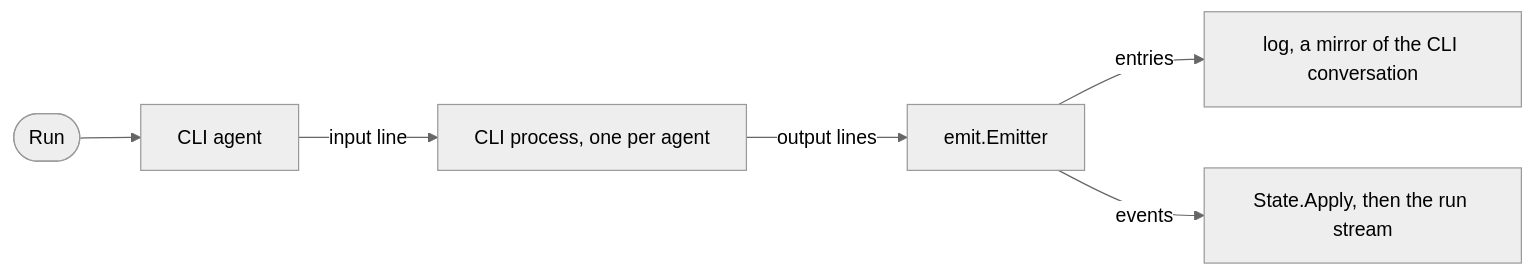
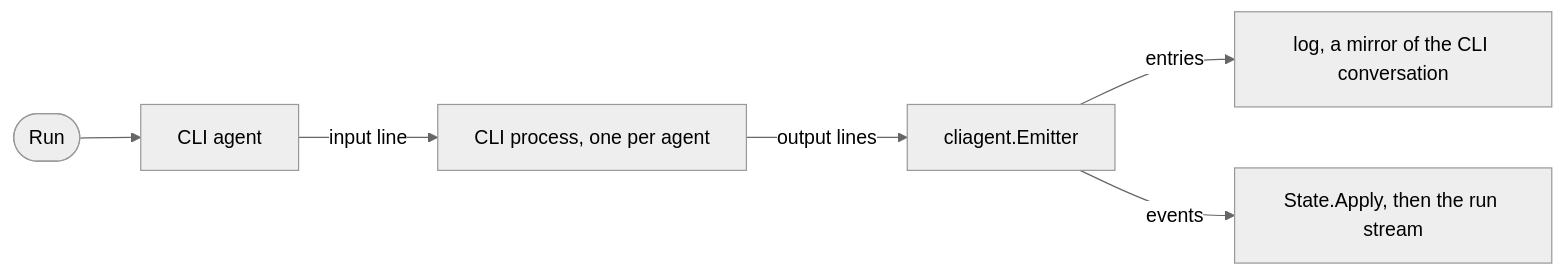
Before and after one commit to sonnes/gopi: the diagram in docs/concepts/agent/cli-agent.md, drawn with Mermaid (neutral theme). The commit also changed other lines of this file and 395 other files, not shown here.

````diff
--- a/docs/concepts/agent/cli-agent.md
+++ b/docs/concepts/agent/cli-agent.md
@@ -15,10 +15,10 @@
 ```mermaid
 flowchart LR
   accTitle: One run of a CLI agent
   accDescr: The CLI agent sends an input line to the CLI process and reads its output lines. The emitter stores the entries in the log, and applies the events to the state before the run stream.
   run([Run]) --> agent[CLI agent]
   agent -- input line --> cli[CLI process, one per agent]
-  cli -- output lines --> emit[emit.Emitter]
+  cli -- output lines --> emit[cliagent.Emitter]
   emit -- entries --> log[log, a mirror of the CLI conversation]
   emit -- events --> state[State.Apply, then the run stream]
 ```
````
